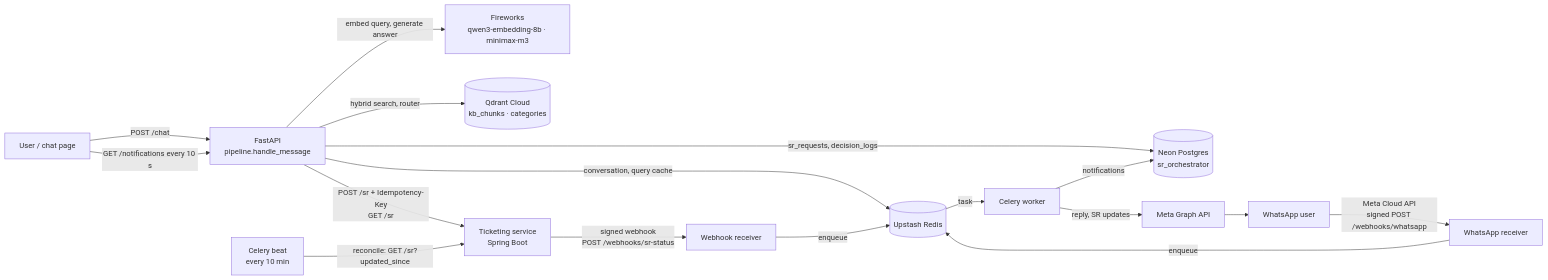
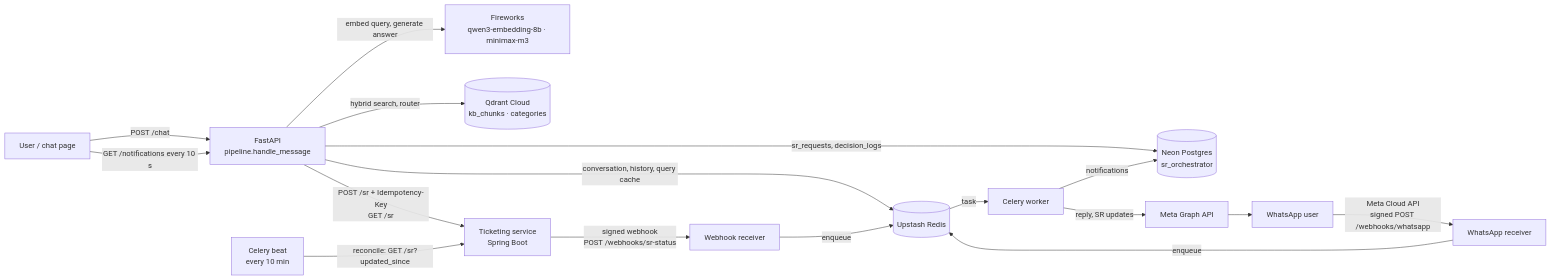
The diagram in README.md (querydesk-ai/querydesk-orchestrator), drawn with Mermaid before and after one commit. The commit also changed other lines of this file, not shown here.

First line of the commit message:
Docs: README for small talk, SR confirmation and chat history

````diff
--- a/README.md
+++ b/README.md
@@ -43,18 +43,18 @@
 ```mermaid
 flowchart LR
     U[User / chat page] -->|POST /chat| API[FastAPI<br/>pipeline.handle_message]
-    API -->|conversation, query cache| R[(Upstash Redis)]
+    API -->|conversation, history, query cache| R[(Upstash Redis)]
     API -->|embed query, generate answer| FW[Fireworks<br/>qwen3-embedding-8b · minimax-m3]
     API -->|hybrid search, router| Q[(Qdrant Cloud<br/>kb_chunks · categories)]
     API -->|POST /sr + Idempotency-Key<br/>GET /sr| T[Ticketing service<br/>Spring Boot]
     API -->|sr_requests, decision_logs| PG[(Neon Postgres<br/>sr_orchestrator)]
     WA[WhatsApp user] -->|Meta Cloud API<br/>signed POST /webhooks/whatsapp| WWH[WhatsApp receiver]
     WWH -->|enqueue| R
     W -->|reply, SR updates| META[Meta Graph API] --> WA
     T -->|signed webhook<br/>POST /webhooks/sr-status| WH[Webhook receiver]
     WH -->|enqueue| R
     R -->|task| W[Celery worker]
     W -->|notifications| PG
     B[Celery beat<br/>every 10 min] -->|reconcile: GET /sr?updated_since| T
     U -->|GET /notifications every 10 s| API
 ```
````
